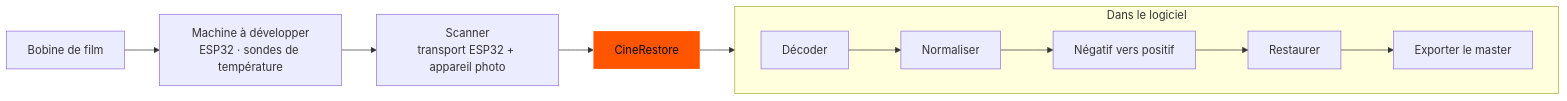
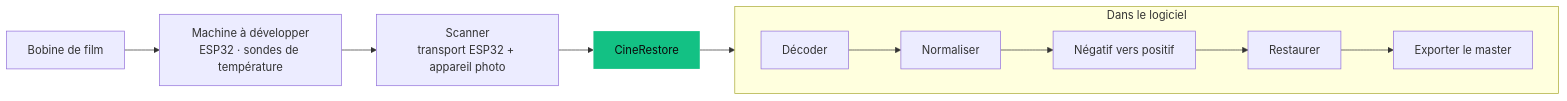
Before and after one commit to aemane-m/mon-portfolio: the diagram in src/content/projects-fr/cinerestore.mdx, drawn with Mermaid. The commit also changed 169 other files, not shown here.

Commit message:
feat: Vert Sanity (#13c184) accent on the full-black theme (dark green #0d794c for text on cream); diagrams, share images, icons, dot notes and README updated

````diff
--- a/src/content/projects-fr/cinerestore.mdx
+++ b/src/content/projects-fr/cinerestore.mdx
@@ -39,12 +39,12 @@
 ```mermaid
 flowchart LR
   F["Bobine de film"] --> D["Machine à développer<br/>ESP32 · sondes de température"]
   D --> S["Scanner<br/>transport ESP32 + appareil photo"]
   S --> CR["CineRestore"]:::accent
   subgraph CR2["Dans le logiciel"]
     direction LR
     DE["Décoder"] --> NO["Normaliser"] --> NG["Négatif vers positif"] --> RE["Restaurer"] --> EX["Exporter le master"]
   end
   CR --> DE
-  classDef accent fill:#ff5500,color:#0b0b0b,stroke:none
+  classDef accent fill:#13c184,color:#0b0b0b,stroke:none
 ```
````
